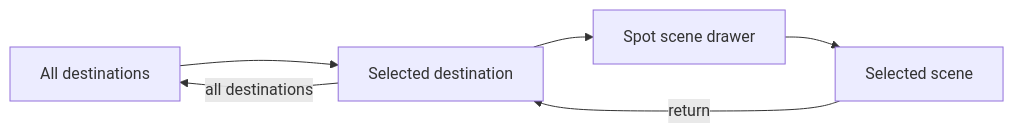
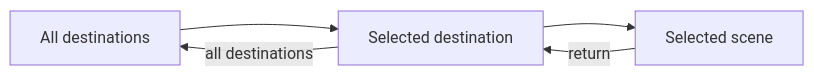
Before and after one commit to chansyawn/over-yonder: the second of 2 diagrams in docs/game-design.md, drawn with Mermaid. The commit also changed other lines of this file and 20 other files, not shown here.

Commit message:
refactor: remove spot scene hierarchy

````diff
--- a/docs/game-design.md
+++ b/docs/game-design.md
@@ -58,8 +55,7 @@
 ```mermaid
 flowchart LR
     Destinations["All destinations"] --> Destination["Selected destination"]
-    Destination --> Drawer["Spot scene drawer"]
-    Drawer --> Scene["Selected scene"]
+    Destination --> Scene["Selected scene"]
     Scene -->|return| Destination
     Destination -->|all destinations| Destinations
 ```
````
